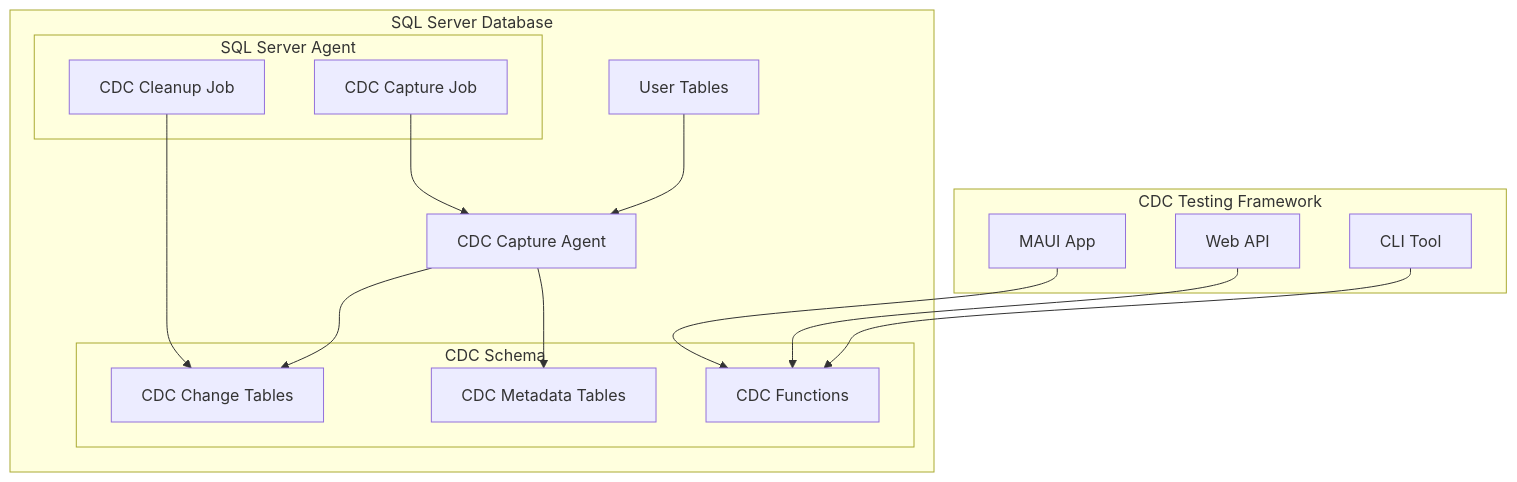
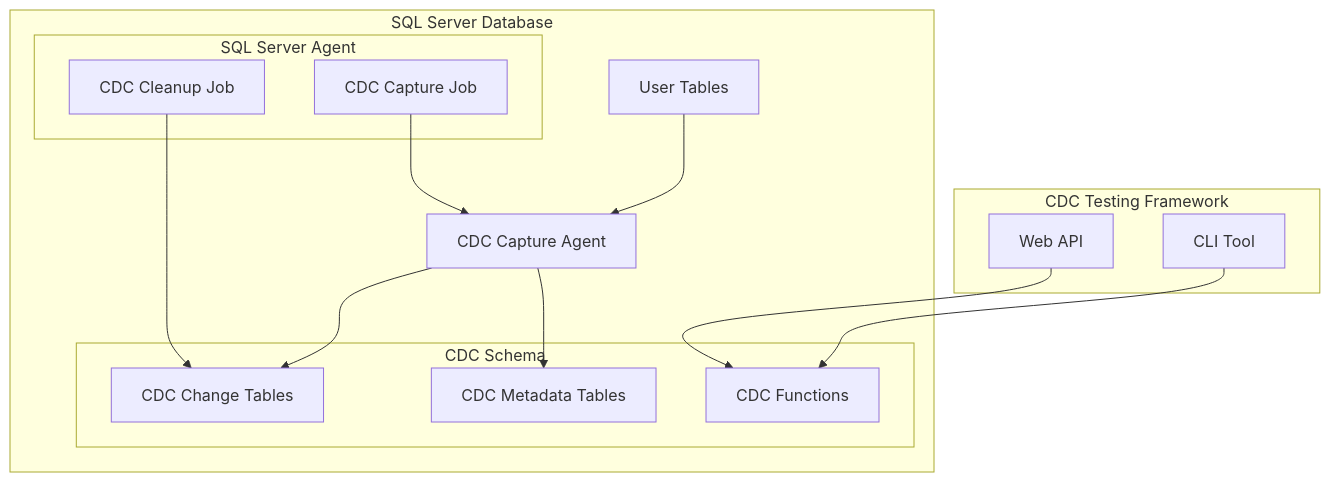
One commit to ericroliver/cdc-me changed the diagram in docs/database-setup.md. Above: the diagram before and after it, drawn with Mermaid. The commit also changed 44 other files, not shown here.

Commit message:
removing the maui app

````diff
--- a/docs/database-setup.md
+++ b/docs/database-setup.md
@@ -57,32 +57,30 @@
 ```mermaid
 graph TB
     subgraph "SQL Server Database"
         UT[User Tables] --> CDC_AGENT[CDC Capture Agent]
         CDC_AGENT --> CT[CDC Change Tables]
         CDC_AGENT --> META[CDC Metadata Tables]
 
         subgraph "CDC Schema"
             CT
             META
             FUNCS[CDC Functions]
         end
 
         subgraph "SQL Server Agent"
             CAPTURE_JOB[CDC Capture Job]
             CLEANUP_JOB[CDC Cleanup Job]
         end
 
         CAPTURE_JOB --> CDC_AGENT
         CLEANUP_JOB --> CT
     end
 
     subgraph "CDC Testing Framework"
         CLI[CLI Tool]
         API[Web API]
-        MAUI[MAUI App]
     end
 
     CLI --> FUNCS
     API --> FUNCS
-    MAUI --> FUNCS
 ```
````
